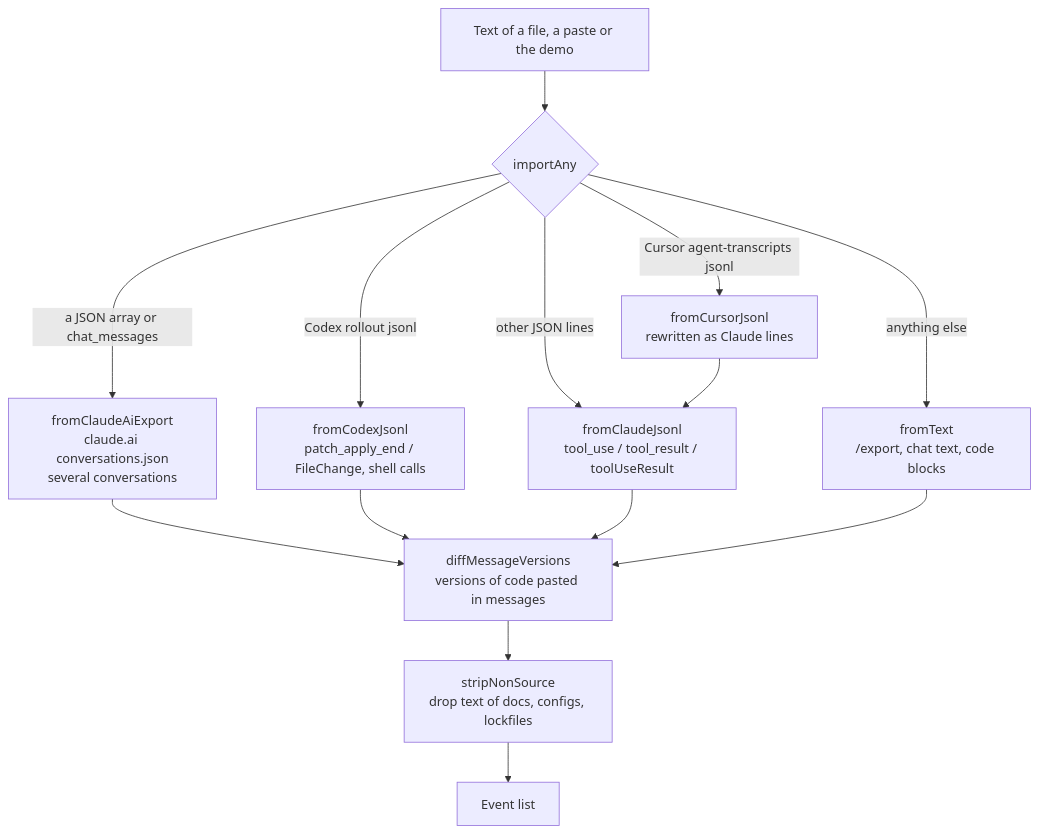
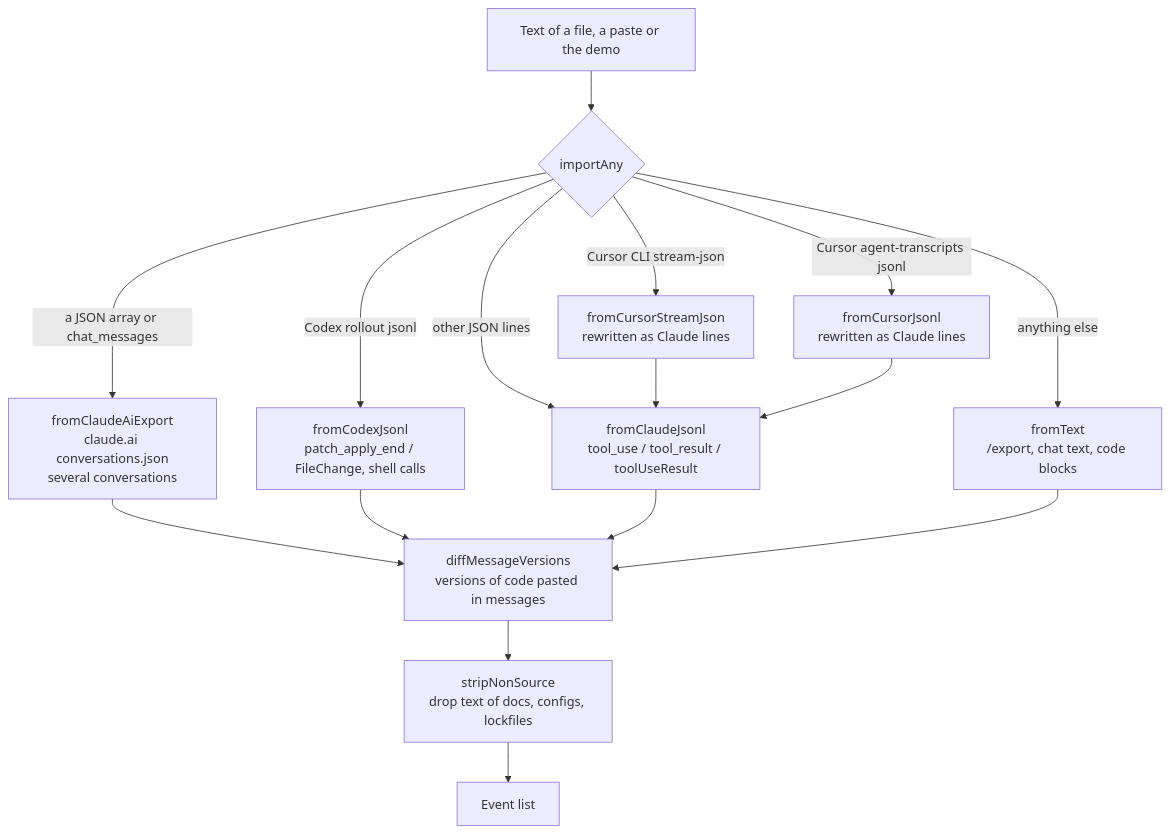
One commit to nikolaylosev/sessionlens-vscode changed the seventh of 13 diagrams in docs/ARCHITECTURE.md. Above: the diagram before and after it, drawn with Mermaid. The commit also changed other lines of this file and 1 other file, not shown here.

First line of the commit message:
docs: record the 0.1.122 Cursor import in ARCHITECTURE

````diff
--- a/docs/ARCHITECTURE.md
+++ b/docs/ARCHITECTURE.md
@@ -374,13 +388,15 @@
 ```mermaid
 flowchart TD
   IN[Text of a file, a paste or the demo] --> D{importAny}
   D -->|a JSON array or chat_messages| CA[fromClaudeAiExport<br/>claude.ai conversations.json<br/>several conversations]
+  D -->|Cursor CLI stream-json| CS[fromCursorStreamJson<br/>rewritten as Claude lines]
   D -->|Cursor agent-transcripts jsonl| CU[fromCursorJsonl<br/>rewritten as Claude lines]
   D -->|Codex rollout jsonl| CX[fromCodexJsonl<br/>patch_apply_end / FileChange, shell calls]
   D -->|other JSON lines| CL[fromClaudeJsonl<br/>tool_use / tool_result / toolUseResult]
   D -->|anything else| TX[fromText<br/>/export, chat text, code blocks]
+  CS --> CL
   CU --> CL
   CA & CX & CL & TX --> DV[diffMessageVersions<br/>versions of code pasted in messages]
   DV --> SN[stripNonSource<br/>drop text of docs, configs, lockfiles]
   SN --> EV[Event list]
 ```
````
